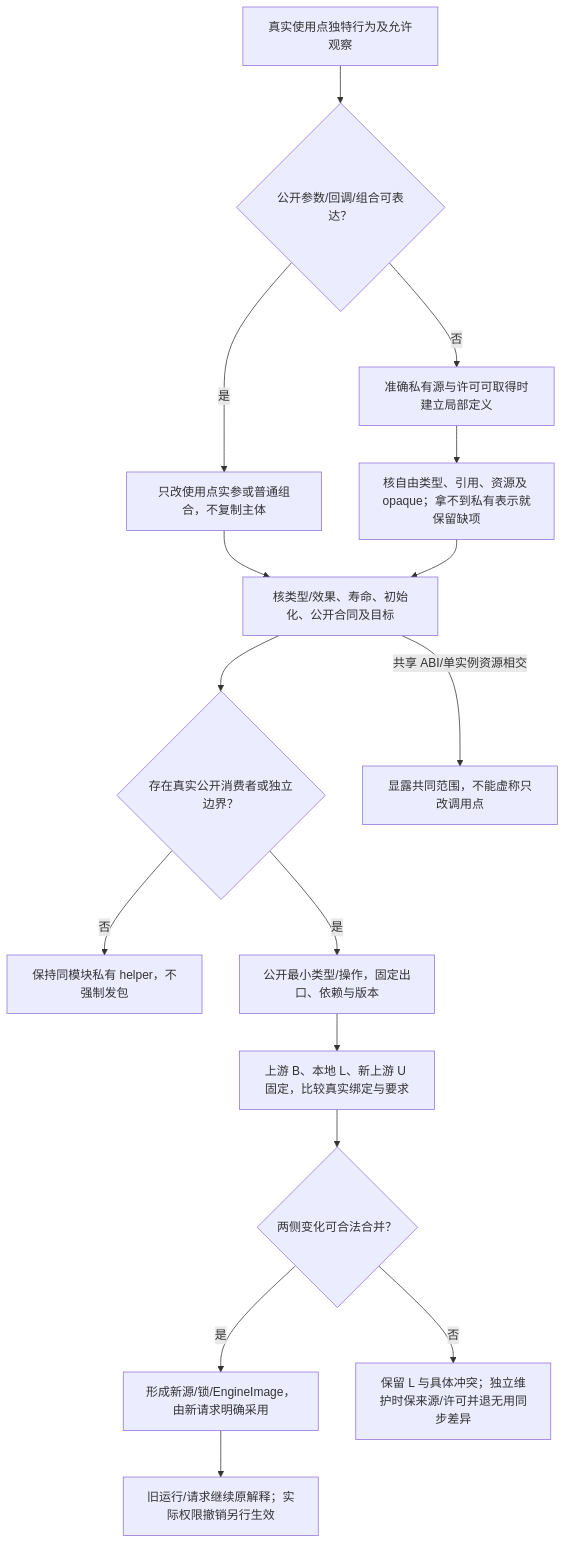
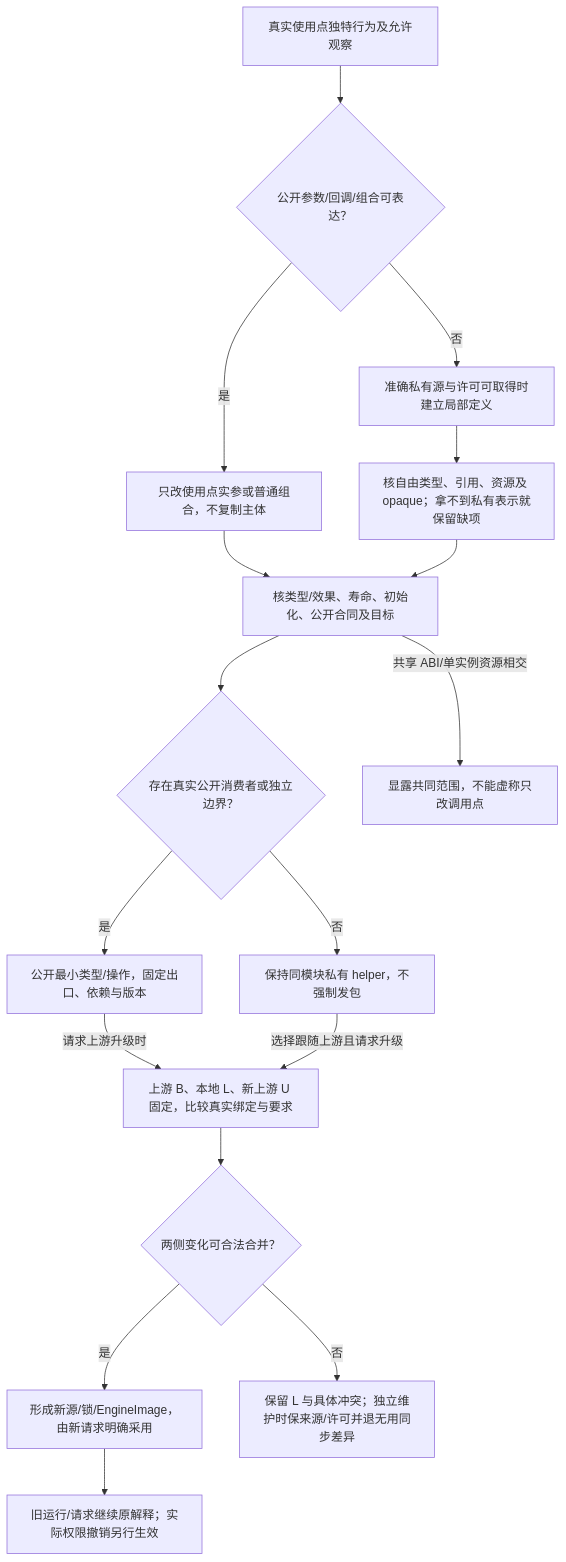
The third of 3 diagrams in docs/作者/组合/模块封装与复用库.md (sec-platform/sec), drawn with Mermaid before and after one commit. The commit also changed other lines of this file and 122 other files, not shown here.

First line of the commit message:
docs: unify system diagrams and remove redundant design text (#882)

````diff
--- a/docs/作者/组合/模块封装与复用库.md
+++ b/docs/作者/组合/模块封装与复用库.md
@@ -557,18 +557,19 @@
 ```mermaid
 flowchart TB
   need["真实使用点独特行为及允许观察"] --> existing{"公开参数/回调/组合可表达？"}
   existing -->|是| invoke["只改使用点实参或普通组合，不复制主体"]
   existing -->|否| local["准确私有源与许可可取得时建立局部定义"]
   local --> privacy["核自由类型、引用、资源及 opaque；拿不到私有表示就保留缺项"]
   invoke --> checks["核类型/效果、寿命、初始化、公开合同及目标"]
   privacy --> checks
   checks --> reuse{"存在真实公开消费者或独立边界？"}
   reuse -->|否| helper["保持同模块私有 helper，不强制发包"]
   reuse -->|是| exports["公开最小类型/操作，固定出口、依赖与版本"]
-  exports --> upgrade["上游 B、本地 L、新上游 U 固定，比较真实绑定与要求"]
+  exports -->|请求上游升级时| upgrade["上游 B、本地 L、新上游 U 固定，比较真实绑定与要求"]
+  helper -->|选择跟随上游且请求升级| upgrade
   upgrade --> merge{"两侧变化可合法合并？"}
   merge -->|是| image["形成新源/锁/EngineImage，由新请求明确采用"]
   merge -->|否| conflict["保留 L 与具体冲突；独立维护时保来源/许可并退无用同步差异"]
   image --> old["旧运行/请求继续原解释；实际权限撤销另行生效"]
   checks -->|共享 ABI/单实例资源相交| impact["显露共同范围，不能虚称只改调用点"]
 ```
````
